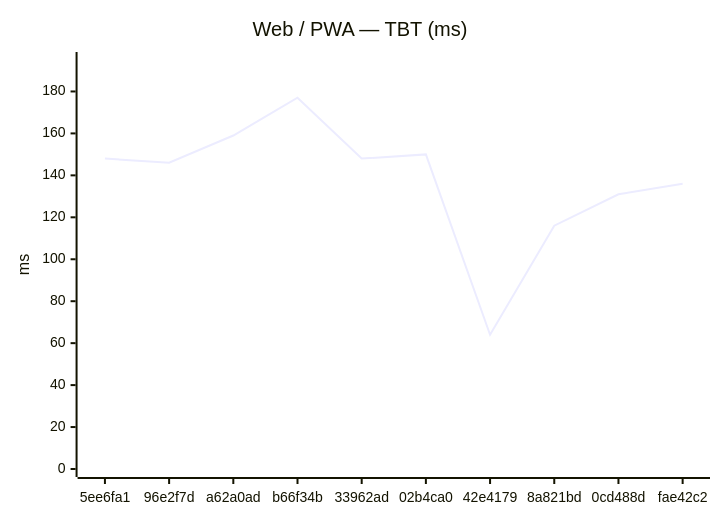
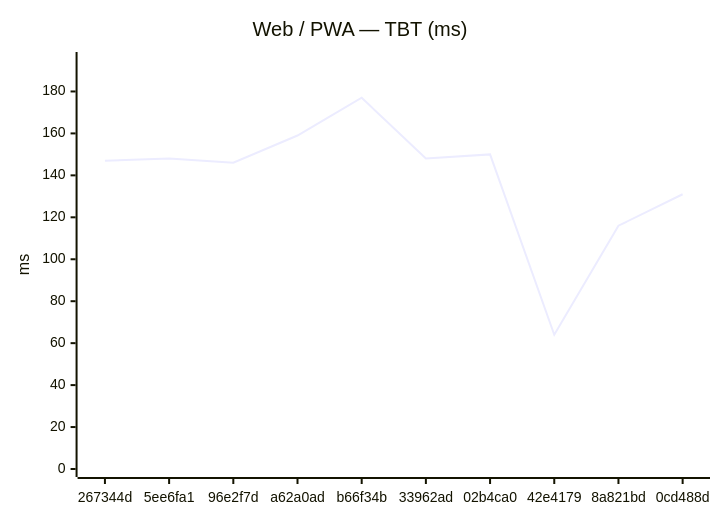
The second of 18 diagrams in benchmarks/compare.md (Metaheurist/Rianell), drawn with Mermaid before and after one commit. The commit also changed other lines of this file and 11 other files, not shown here.

````diff
--- a/benchmarks/compare.md
+++ b/benchmarks/compare.md
@@ -31,7 +31,7 @@
 ```mermaid
 xychart-beta
     title "Web / PWA — TBT (ms)"
-    x-axis ["5ee6fa1", "96e2f7d", "a62a0ad", "b66f34b", "33962ad", "02b4ca0", "42e4179", "8a821bd", "0cd488d", "fae42c2"]
+    x-axis ["267344d", "5ee6fa1", "96e2f7d", "a62a0ad", "b66f34b", "33962ad", "02b4ca0", "42e4179", "8a821bd", "0cd488d"]
     y-axis "ms" 0 --> 195
-    line [148, 146, 159, 177, 148, 150, 64, 116, 131, 136]
+    line [147, 148, 146, 159, 177, 148, 150, 64, 116, 131]
 ```
````
